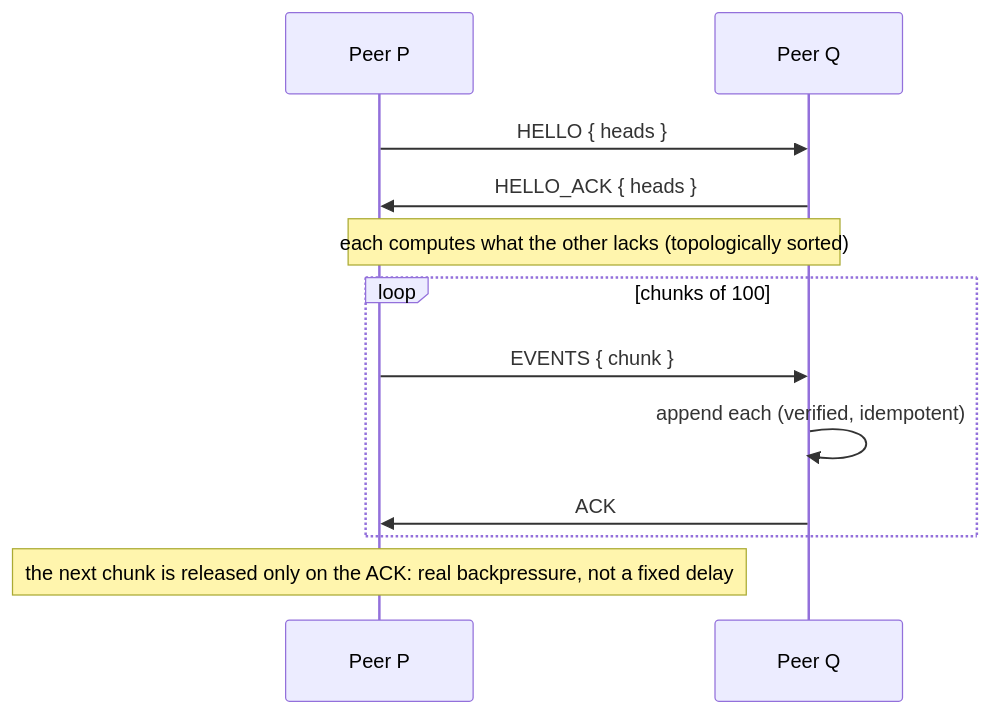
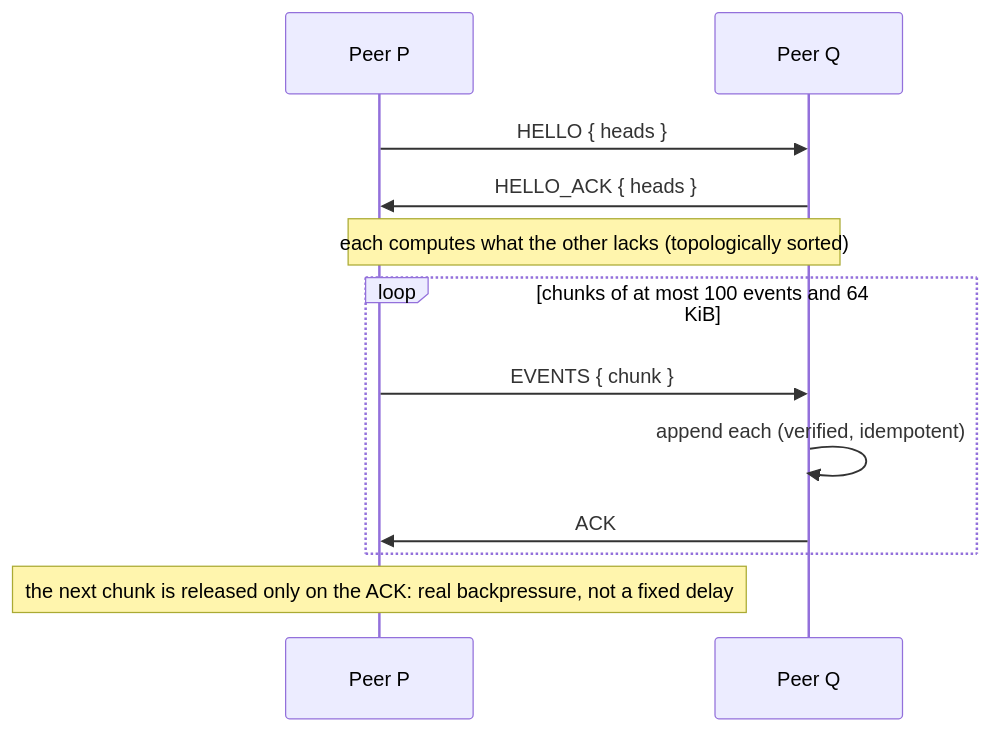
Before and after one commit to theodoreyong9/Aiwa_store: diagram 18 of 31 in docs/YELLOWPAPER.md, drawn with Mermaid. The commit also changed other lines of this file and 19 other files, not shown here.

````diff
--- a/docs/YELLOWPAPER.md
+++ b/docs/YELLOWPAPER.md
@@ -1140,14 +1140,14 @@
 ```mermaid
 sequenceDiagram
   participant P as Peer P
   participant Q as Peer Q
   P->>Q: HELLO { heads }
   Q->>P: HELLO_ACK { heads }
   Note over P,Q: each computes what the other lacks (topologically sorted)
-  loop chunks of 100
+  loop chunks of at most 100 events and 64 KiB
     P->>Q: EVENTS { chunk }
     Q->>Q: append each (verified, idempotent)
     Q->>P: ACK
   end
   Note over P: the next chunk is released only on the ACK: real backpressure, not a fixed delay
 ```
````
